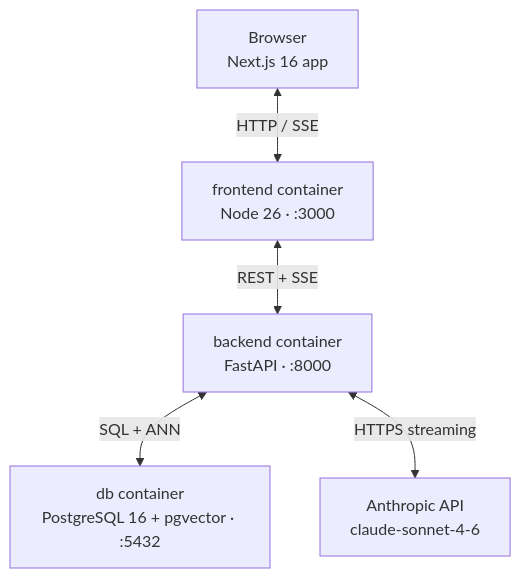
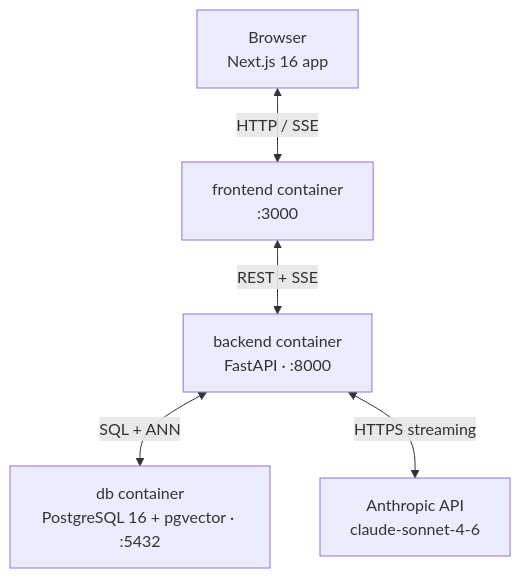
One commit to Koi725/career-intelligence-assistant changed the first of 2 diagrams in README.md. Above: the diagram before and after it, drawn with Mermaid. The commit also changed other lines of this file, not shown here.

````diff
--- a/README.md
+++ b/README.md
@@ -27,13 +27,13 @@
 ```mermaid
 graph TD
     Browser["Browser\nNext.js 16 app"]
-    Frontend["frontend container\nNode 26 · :3000"]
+    Frontend["frontend container\n:3000"]
     Backend["backend container\nFastAPI · :8000"]
     DB["db container\nPostgreSQL 16 + pgvector · :5432"]
     Claude["Anthropic API\nclaude-sonnet-4-6"]
 
     Browser <-->|"HTTP / SSE"| Frontend
     Frontend <-->|"REST + SSE"| Backend
     Backend <-->|"SQL + ANN"| DB
     Backend <-->|"HTTPS streaming"| Claude
 ```
````
